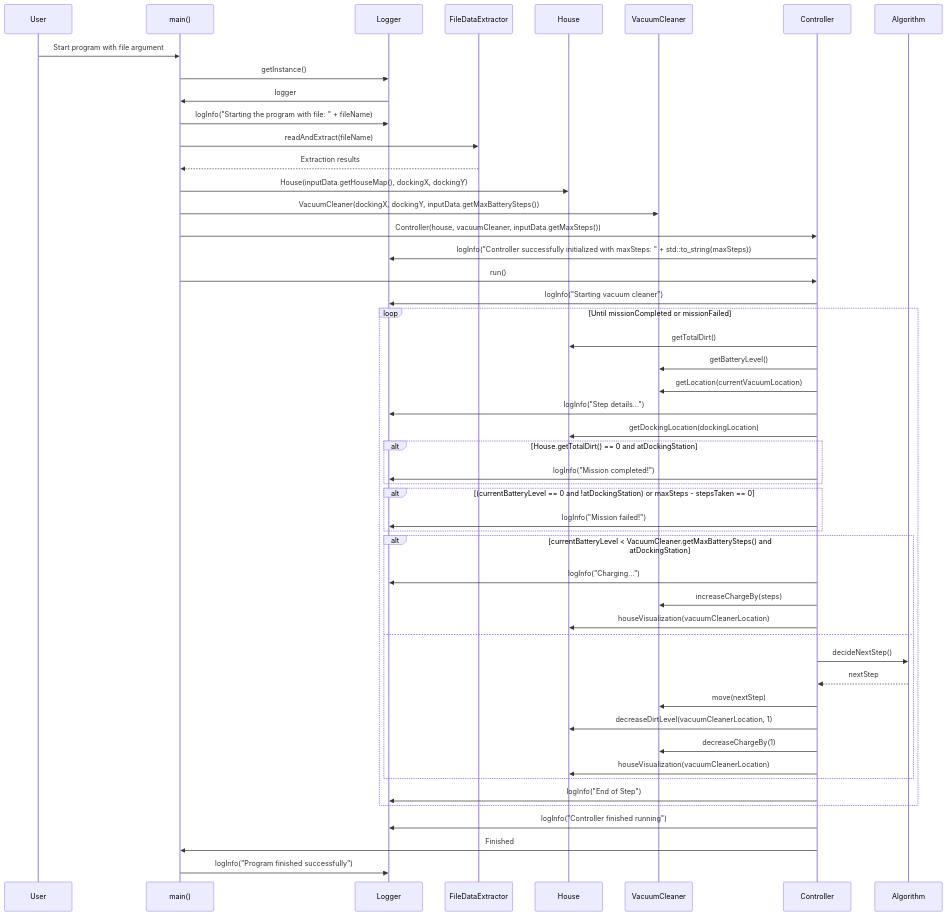
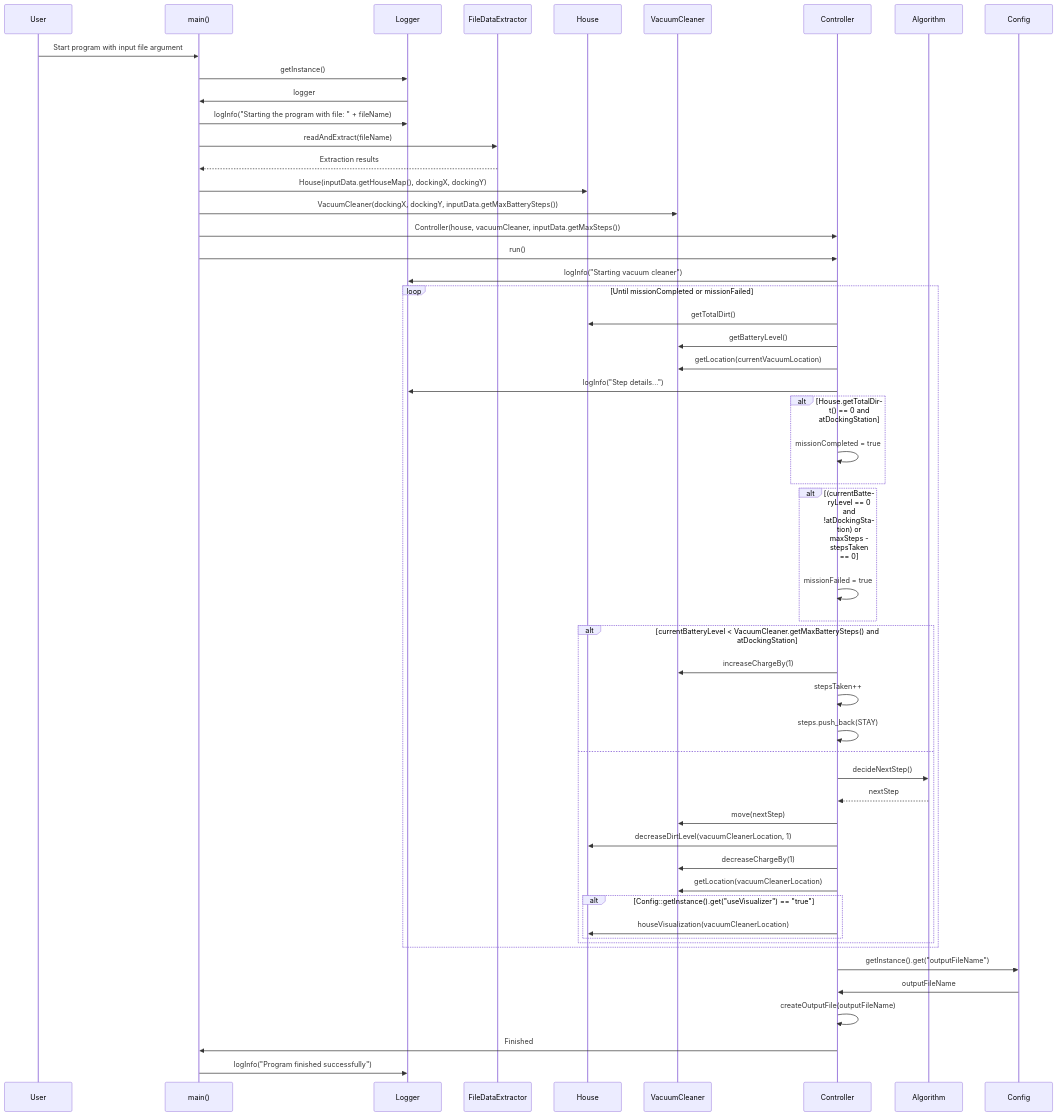
One commit to AmitRockBear/Advanced_Topics_In_Programming_hw1 changed the diagram in mermaid/sequenceDiagram.mmd. Above: the diagram before and after it, drawn with Mermaid. The commit also changed 7 other files, not shown here.

```diff
--- a/mermaid/sequenceDiagram.mmd
+++ b/mermaid/sequenceDiagram.mmd
@@ -1,55 +1,57 @@
 sequenceDiagram
     participant User
     participant Main as main()
     participant Logger as Logger
     participant FileDataExtractor as FileDataExtractor
     participant House as House
     participant VacuumCleaner as VacuumCleaner
     participant Controller as Controller
 
-    User ->> Main: Start program with file argument
+    User ->> Main: Start program with input file argument
     Main ->> Logger: getInstance()
     Logger ->> Main: logger
     Main ->> Logger: logInfo("Starting the program with file: " + fileName)
     Main ->> FileDataExtractor: readAndExtract(fileName)
     FileDataExtractor -->> Main: Extraction results
 
     Main ->> House: House(inputData.getHouseMap(), dockingX, dockingY)
     Main ->> VacuumCleaner: VacuumCleaner(dockingX, dockingY, inputData.getMaxBatterySteps())
     Main ->> Controller: Controller(house, vacuumCleaner, inputData.getMaxSteps())
     
-    Controller ->> Logger: logInfo("Controller successfully initialized with maxSteps: " + std::to_string(maxSteps))
     Main ->> Controller: run()
     Controller ->> Logger: logInfo("Starting vacuum cleaner")
     
     loop Until missionCompleted or missionFailed
         Controller ->> House: getTotalDirt()
         Controller ->> VacuumCleaner: getBatteryLevel()
         Controller ->> VacuumCleaner: getLocation(currentVacuumLocation)
         Controller ->> Logger: logInfo("Step details...")
-        Controller ->> House: getDockingLocation(dockingLocation)
         alt House.getTotalDirt() == 0 and atDockingStation
-            Controller ->> Logger: logInfo("Mission completed!")
+            Controller ->> Controller: missionCompleted = true
             %% break
         end
         alt (currentBatteryLevel == 0 and !atDockingStation) or maxSteps - stepsTaken == 0
-            Controller ->> Logger: logInfo("Mission failed!")
+            Controller ->> Controller: missionFailed = true
             %% break
         end
         alt currentBatteryLevel < VacuumCleaner.getMaxBatterySteps() and atDockingStation
-            Controller ->> Logger: logInfo("Charging...")
-            Controller ->> VacuumCleaner: increaseChargeBy(steps)
-            Controller ->> House: houseVisualization(vacuumCleanerLocation)
+            Controller ->> VacuumCleaner: increaseChargeBy(1)
+            Controller ->> Controller: stepsTaken++
+            Controller ->> Controller: steps.push_back(STAY)
         else
             Controller ->> Algorithm: decideNextStep()
             Algorithm -->> Controller: nextStep
             Controller ->> VacuumCleaner: move(nextStep)
             Controller ->> House: decreaseDirtLevel(vacuumCleanerLocation, 1)
             Controller ->> VacuumCleaner: decreaseChargeBy(1)
-            Controller ->> House: houseVisualization(vacuumCleanerLocation)
+            Controller ->> VacuumCleaner: getLocation(vacuumCleanerLocation)
+            alt Config::getInstance().get("useVisualizer") == "true"
+                Controller ->> House: houseVisualization(vacuumCleanerLocation)
+            end
         end
-        Controller ->> Logger: logInfo("End of Step")
     end
-    Controller ->> Logger: logInfo("Controller finished running")
+    Controller ->> Config: getInstance().get("outputFileName")
+    Config ->> Controller: outputFileName
+    Controller ->> Controller: createOutputFile(outputFileName)
     Controller ->> Main: Finished
     Main ->> Logger: logInfo("Program finished successfully")
```
